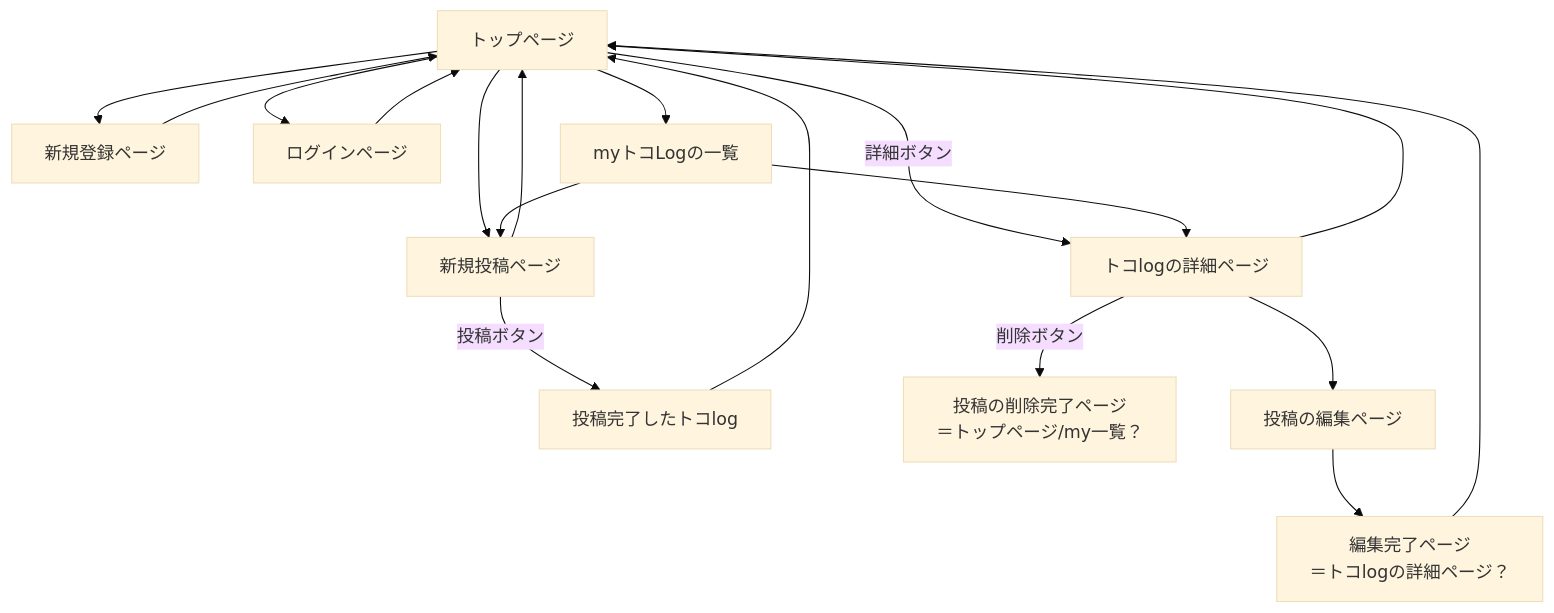
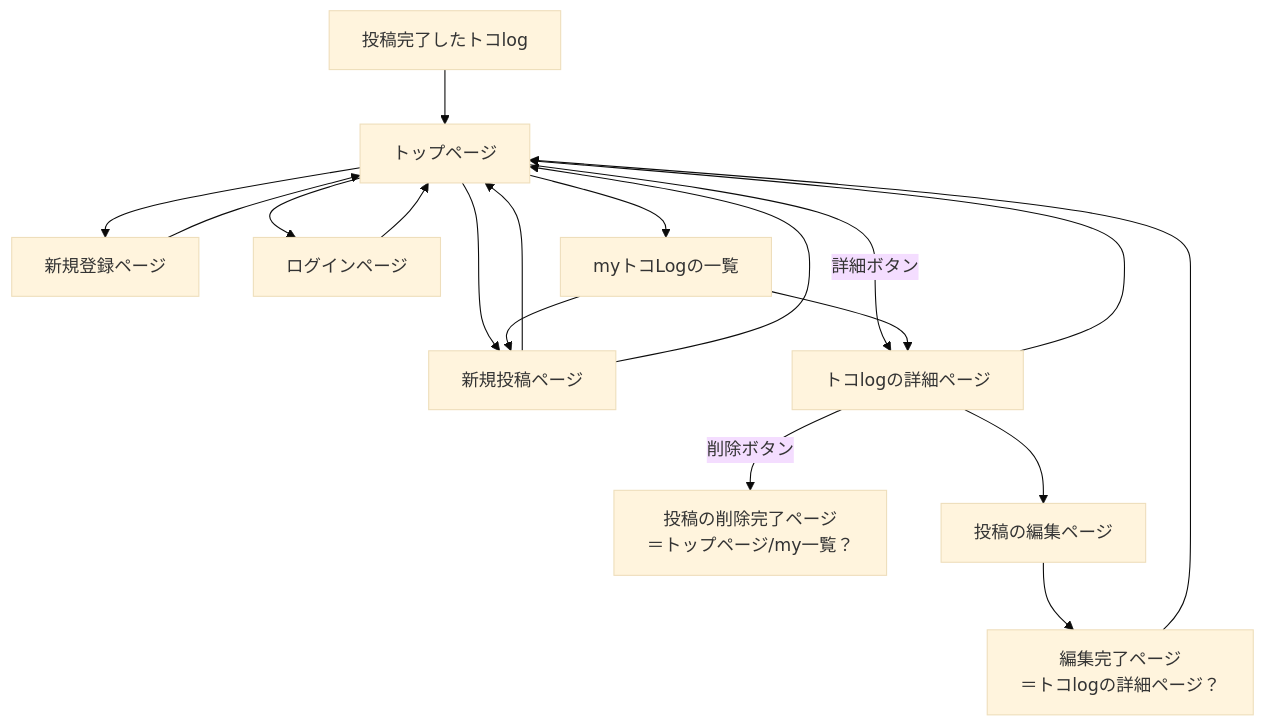
The diagram in README.md (peppei20240408/toko-toko-log), drawn with Mermaid (base theme) before and after one commit. The commit also changed 6 other files, not shown here.

````diff
--- a/README.md
+++ b/README.md
@@ -74,20 +74,20 @@
 ```mermaid
 graph TD
   TopPage[トップページ] --> SignUp[新規登録ページ]
   SignUp --> TopPage
   TopPage --> LogIn[ログインページ]
   LogIn --> TopPage
-  Submmit[新規投稿ページ] -->|投稿ボタン| SubmmitComp
+  Submmit[新規投稿ページ] --> TopPage
   SubmmitComp[投稿完了したトコlog] --> TopPage
   Submmit --> TopPage
   TopPage --> Submmit
   TopPage --> MyPage
   TopPage -->|詳細ボタン| TokoLog[トコlogの詳細ページ]
   TokoLog -->|削除ボタン| DeleteComp[投稿の削除完了ページ <br> ＝トップページ/my一覧？]
   MyPage --> TokoLog
   MyPage[myトコLogの一覧] --> Submmit
   TokoLog --> Edit[投稿の編集ページ]
   TokoLog --> TopPage
   Edit --> EditComp[編集完了ページ <br> ＝トコlogの詳細ページ？]
   EditComp --> TopPage
 ```
````
